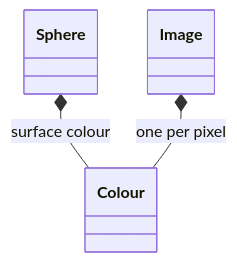
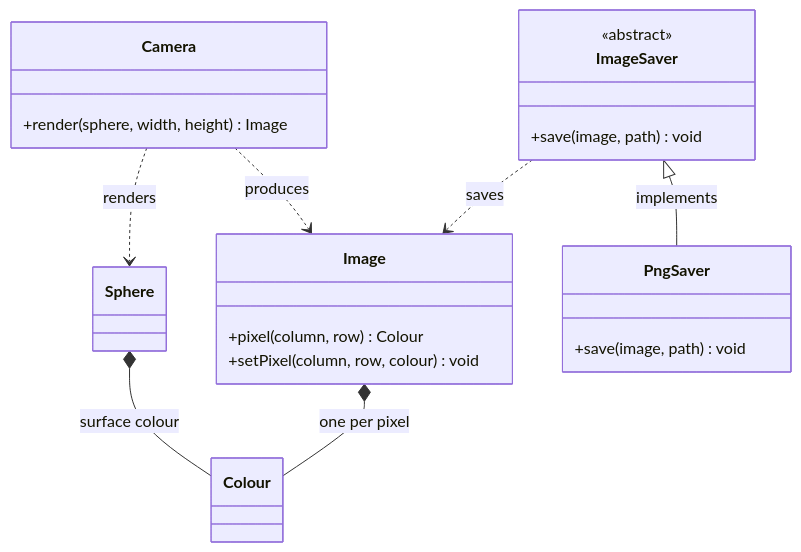
Before and after one commit to meriem582/ray-tracer: the diagram in docs/domain-model.md, drawn with Mermaid. The commit also changed other lines of this file and 1 other file, not shown here.

Commit message:
Coordinates ADR and domain model

````diff
--- a/docs/domain-model.md
+++ b/docs/domain-model.md
@@ -7,9 +8,26 @@
 ```mermaid
 classDiagram
+    class Camera {
+        +render(sphere, width, height) Image
+    }
     class Sphere
-    class Image
+    class Image {
+        +pixel(column, row) Colour
+        +setPixel(column, row, colour) void
+    }
     class Colour
+    class ImageSaver {
+        <<abstract>>
+        +save(image, path) void
+    }
+    class PngSaver {
+        +save(image, path) void
+    }
 
     Sphere *-- Colour : surface colour
     Image *-- Colour : one per pixel
+    Camera ..> Sphere : renders
+    Camera ..> Image : produces
+    ImageSaver ..> Image : saves
+    ImageSaver <|-- PngSaver : implements
 ```
````
